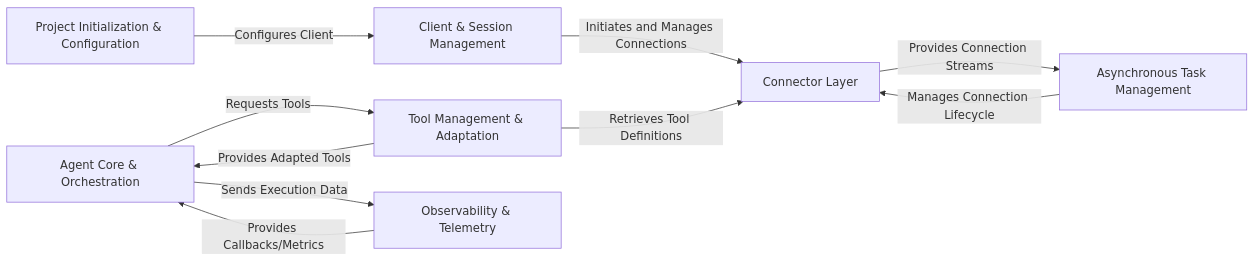
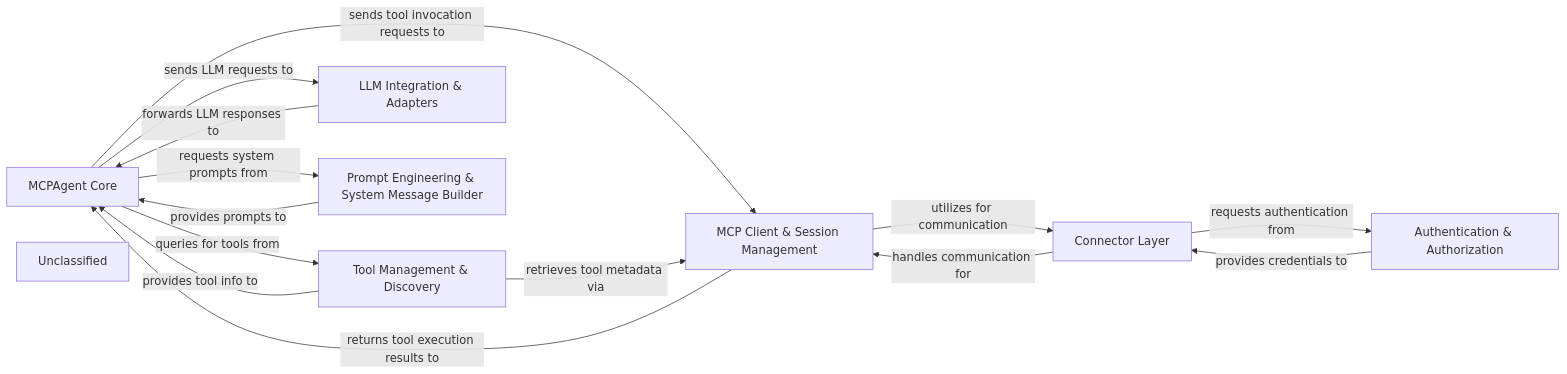
Before and after one commit to mcp-use/mcp-use: the diagram in .codeboarding/overview.mdx, drawn with Mermaid. The commit also changed other lines of this file and 29 other files, not shown here.

First line of the commit message:
docs: update codeboarding documentation and generate architecture

````diff
--- a/.codeboarding/overview.mdx
+++ b/.codeboarding/overview.mdx
@@ -2,26 +2,31 @@
 ```mermaid
 graph LR
-    Project_Initialization_Configuration["Project Initialization & Configuration"]
-    Client_Session_Management["Client & Session Management"]
+    MCPAgent_Core["MCPAgent Core"]
+    MCP_Client_Session_Management["MCP Client & Session Management"]
+    Tool_Management_Discovery["Tool Management & Discovery"]
+    LLM_Integration_Adapters["LLM Integration & Adapters"]
     Connector_Layer["Connector Layer"]
-    Agent_Core_Orchestration["Agent Core & Orchestration"]
-    Tool_Management_Adaptation["Tool Management & Adaptation"]
-    Asynchronous_Task_Management["Asynchronous Task Management"]
-    Observability_Telemetry["Observability & Telemetry"]
-    Project_Initialization_Configuration -- "Configures Client" --> Client_Session_Management
-    Client_Session_Management -- "Initiates and Manages Connections" --> Connector_Layer
-    Connector_Layer -- "Provides Connection Streams" --> Asynchronous_Task_Management
-    Asynchronous_Task_Management -- "Manages Connection Lifecycle" --> Connector_Layer
-    Agent_Core_Orchestration -- "Requests Tools" --> Tool_Management_Adaptation
-    Tool_Management_Adaptation -- "Provides Adapted Tools" --> Agent_Core_Orchestration
-    Tool_Management_Adaptation -- "Retrieves Tool Definitions" --> Connector_Layer
-    Agent_Core_Orchestration -- "Sends Execution Data" --> Observability_Telemetry
-    Observability_Telemetry -- "Provides Callbacks/Metrics" --> Agent_Core_Orchestration
-    click Project_Initialization_Configuration href "/codeboarding/Project_Initialization_Configuration.md" "Details"
-    click Client_Session_Management href "/codeboarding/Client_Session_Management.md" "Details"
+    Authentication_Authorization["Authentication & Authorization"]
+    Prompt_Engineering_System_Message_Builder["Prompt Engineering & System Message Builder"]
+    Unclassified["Unclassified"]
+    MCPAgent_Core -- "requests system prompts from" --> Prompt_Engineering_System_Message_Builder
+    Prompt_Engineering_System_Message_Builder -- "provides prompts to" --> MCPAgent_Core
+    MCPAgent_Core -- "sends LLM requests to" --> LLM_Integration_Adapters
+    LLM_Integration_Adapters -- "forwards LLM responses to" --> MCPAgent_Core
+    MCPAgent_Core -- "queries for tools from" --> Tool_Management_Discovery
+    Tool_Management_Discovery -- "provides tool info to" --> MCPAgent_Core
+    MCPAgent_Core -- "sends tool invocation requests to" --> MCP_Client_Session_Management
+    MCP_Client_Session_Management -- "returns tool execution results to" --> MCPAgent_Core
+    MCP_Client_Session_Management -- "utilizes for communication" --> Connector_Layer
+    Connector_Layer -- "handles communication for" --> MCP_Client_Session_Management
+    Connector_Layer -- "requests authentication from" --> Authentication_Authorization
+    Authentication_Authorization -- "provides credentials to" --> Connector_Layer
+    Tool_Management_Discovery -- "retrieves tool metadata via" --> MCP_Client_Session_Management
+    click MCPAgent_Core href "/codeboarding/MCPAgent_Core.md" "Details"
+    click MCP_Client_Session_Management href "/codeboarding/MCP_Client_Session_Management.md" "Details"
+    click Tool_Management_Discovery href "/codeboarding/Tool_Management_Discovery.md" "Details"
+    click LLM_Integration_Adapters href "/codeboarding/LLM_Integration_Adapters.md" "Details"
     click Connector_Layer href "/codeboarding/Connector_Layer.md" "Details"
-    click Agent_Core_Orchestration href "/codeboarding/Agent_Core_Orchestration.md" "Details"
-    click Tool_Management_Adaptation href "/codeboarding/Tool_Management_Adaptation.md" "Details"
-    click Asynchronous_Task_Management href "/codeboarding/Asynchronous_Task_Management.md" "Details"
-    click Observability_Telemetry href "/codeboarding/Observability_Telemetry.md" "Details"
+    click Authentication_Authorization href "/codeboarding/Authentication_Authorization.md" "Details"
+    click Prompt_Engineering_System_Message_Builder href "/codeboarding/Prompt_Engineering_System_Message_Builder.md" "Details"
 ```
````
